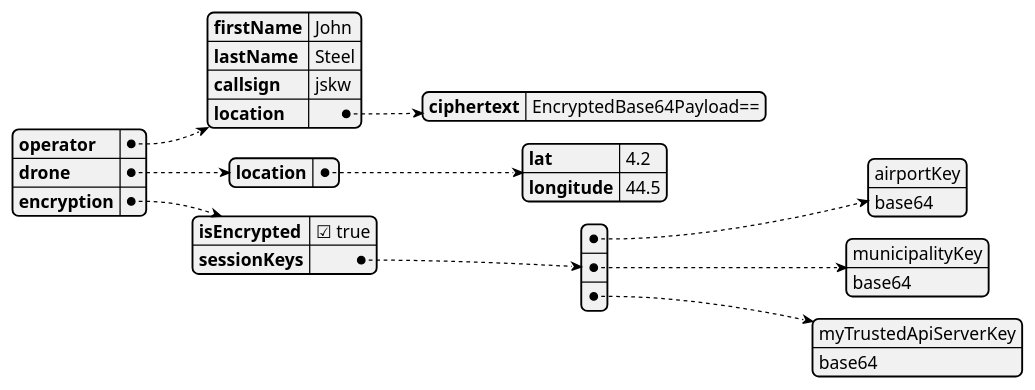
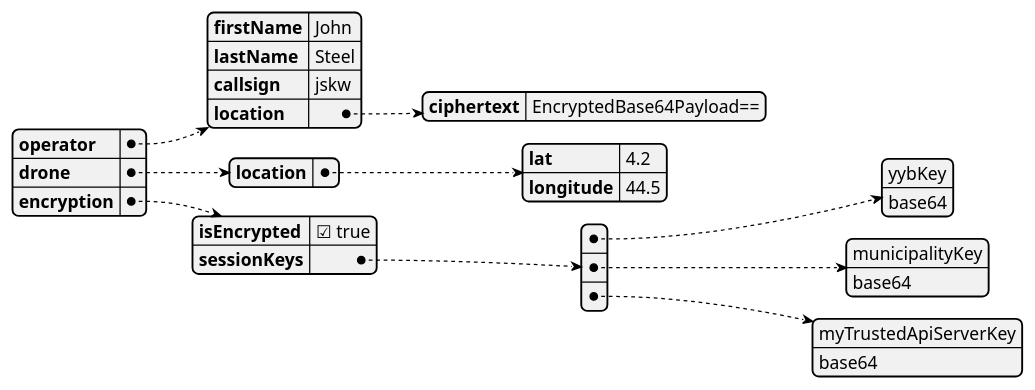
One commit to BlackthornYugen/d2x changed the first of 3 diagrams in json.pu. Above: the diagram before and after it, drawn with PlantUML.

Commit message:
Rename keys

```diff
--- a/json.pu
+++ b/json.pu
@@ -1,22 +1,22 @@
 @startjson droneEncrypted
 {
   "operator": {
     "firstName": "John",  
     "lastName": "Steel",
     "callsign": "jskw",
     "location": {
       "ciphertext": "EncryptedBase64Payload=="
     }
   },
   "drone": {
     "location": {
       "lat": 4.2,
       "longitude": 44.5
     }
   },
   "encryption": {
     "isEncrypted": true,
-    "sessionKeys": [["airportKey", "base64"], ["municipalityKey", "base64"], ["myTrustedApiServerKey", "base64"]]
+    "sessionKeys": [["yybKey", "base64"], ["municipalityKey", "base64"], ["myTrustedApiServerKey", "base64"]]
   }
 }
 @endjson
```
